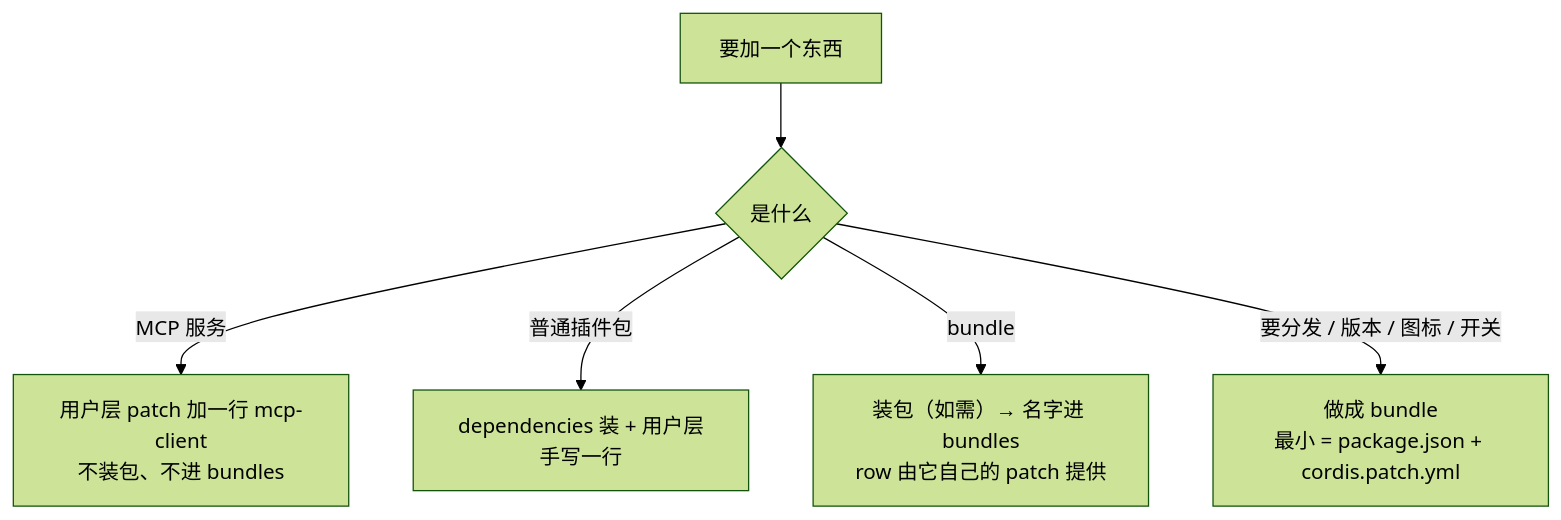
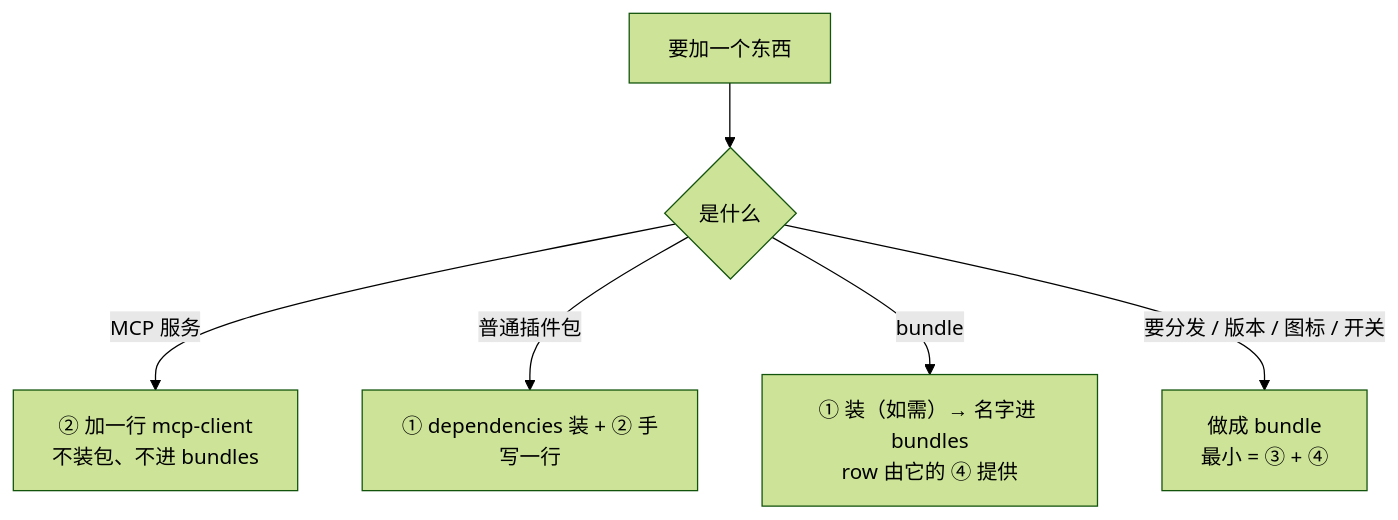
One commit to sogeisetsu/opencode-agent-sandbox changed the diagram in knowledge/deepseek-harness/插件体系与安装.md. Above: the diagram before and after it, drawn with Mermaid (forest theme). The commit also changed other lines of this file and 1 other file, not shown here.

Commit message:
docs(knowledge): 补三份清单与两份 cordis.patch.yml 的分工及实测对照

````diff
--- a/knowledge/deepseek-harness/插件体系与安装.md
+++ b/knowledge/deepseek-harness/插件体系与安装.md
@@ -88,8 +128,8 @@
 ```mermaid
 flowchart TD
   A["要加一个东西"] --> B{"是什么"}
-  B -->|"MCP 服务"| C["用户层 patch 加一行 mcp-client<br/>不装包、不进 bundles"]
-  B -->|"普通插件包"| D["dependencies 装 + 用户层手写一行"]
-  B -->|"bundle"| E["装包（如需）→ 名字进 bundles<br/>row 由它自己的 patch 提供"]
-  B -->|"要分发 / 版本 / 图标 / 开关"| F["做成 bundle<br/>最小 = package.json + cordis.patch.yml"]
+  B -->|"MCP 服务"| C["② 加一行 mcp-client<br/>不装包、不进 bundles"]
+  B -->|"普通插件包"| D["① dependencies 装 + ② 手写一行"]
+  B -->|"bundle"| E["① 装（如需）→ 名字进 bundles<br/>row 由它的 ④ 提供"]
+  B -->|"要分发 / 版本 / 图标 / 开关"| F["做成 bundle<br/>最小 = ③ + ④"]
 ```
````
